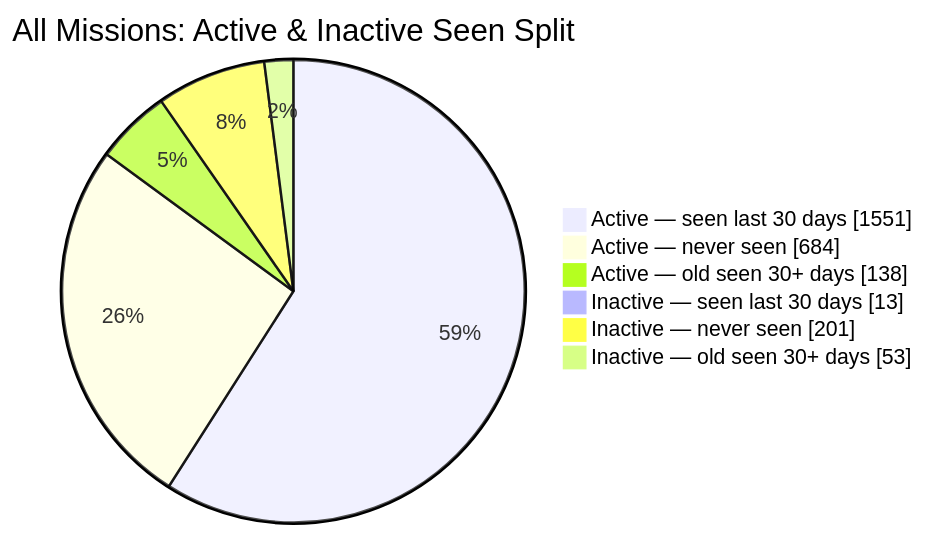
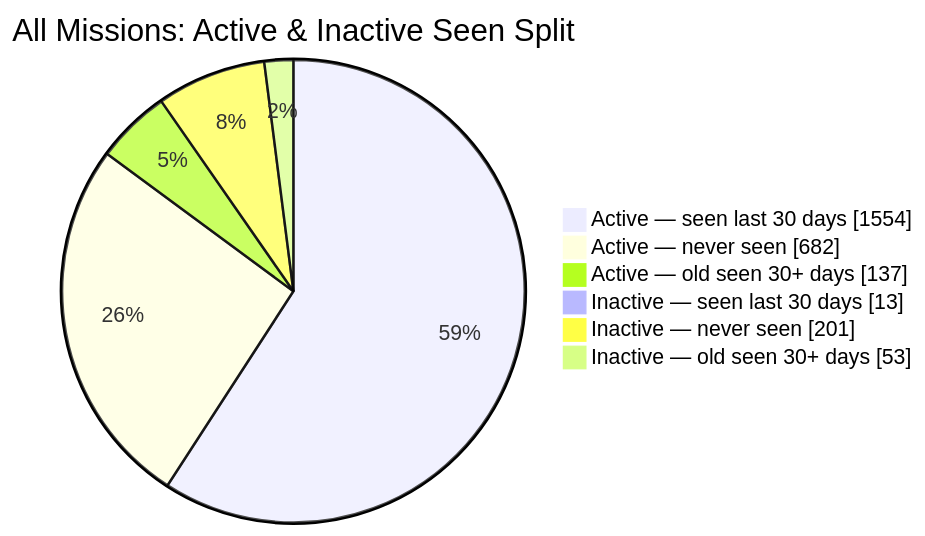
The second of 2 diagrams in README.md (MeldkamerspelGameTeam/active-missions), drawn with Mermaid before and after one commit. The commit also changed other lines of this file and 3 other files, not shown here.

````diff
--- a/README.md
+++ b/README.md
@@ -44,10 +44,10 @@
 ```mermaid
 pie showData
     title All Missions: Active & Inactive Seen Split
-    "Active — seen last 30 days" : 1551
-    "Active — never seen" : 684
-    "Active — old seen 30+ days" : 138
+    "Active — seen last 30 days" : 1554
+    "Active — never seen" : 682
+    "Active — old seen 30+ days" : 137
     "Inactive — seen last 30 days" : 13
     "Inactive — never seen" : 201
     "Inactive — old seen 30+ days" : 53
 ```
````
